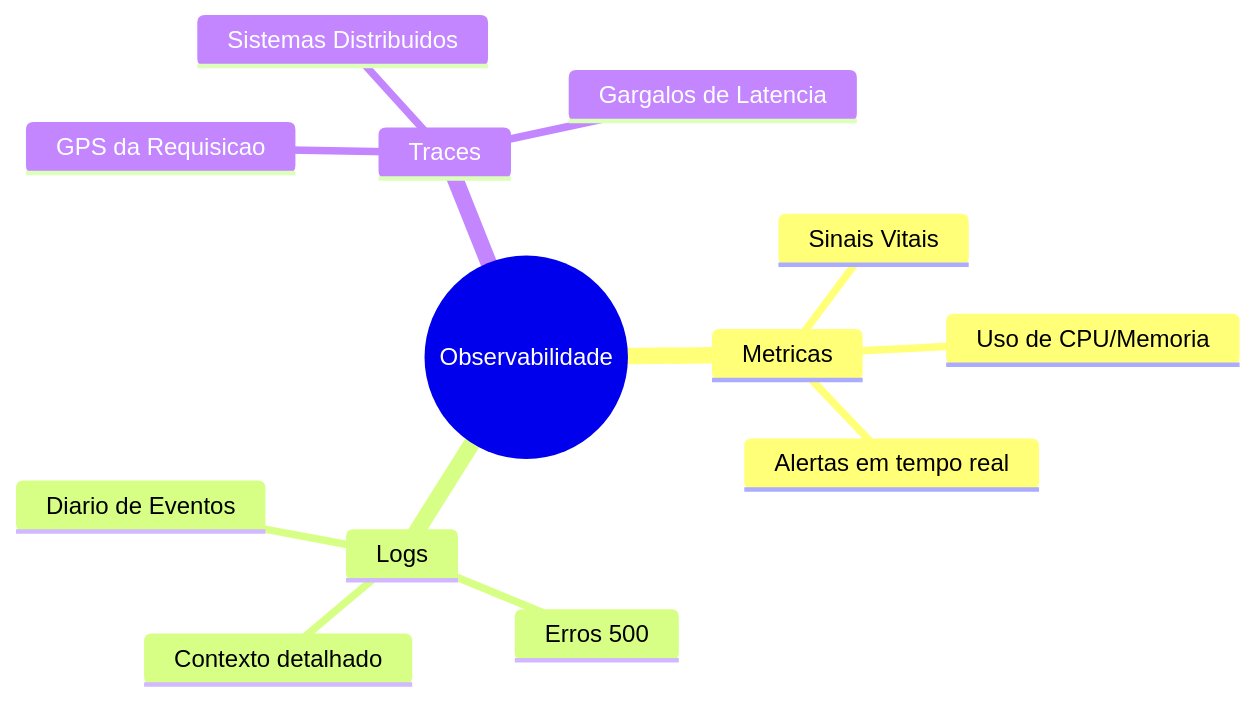
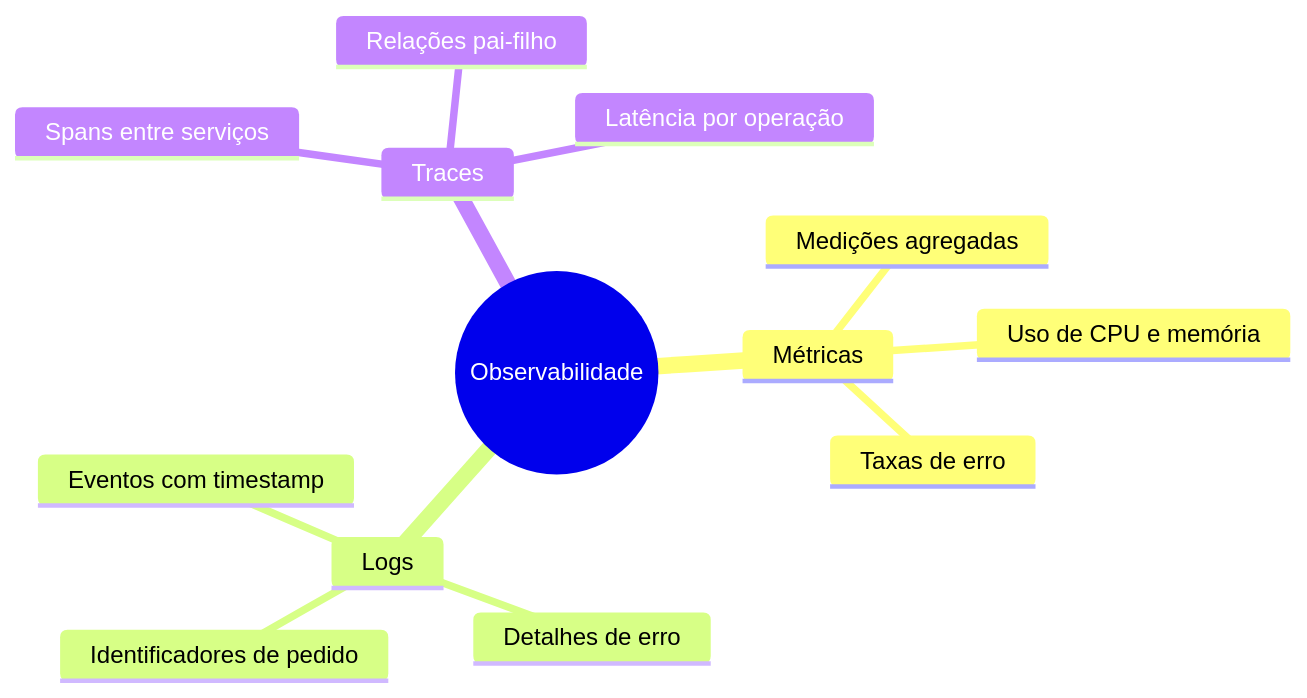
The first of 2 diagrams in content/pt/articles/observability-systems/index.md (dyotamo/blog), drawn with Mermaid before and after one commit. The commit also changed other lines of this file and 26 other files, not shown here.

````diff
--- a/content/pt/articles/observability-systems/index.md
+++ b/content/pt/articles/observability-systems/index.md
@@ -19,16 +19,16 @@
 ```mermaid
 mindmap
   root((Observabilidade))
-    Metricas
-      Sinais Vitais
-      Uso de CPU/Memoria
-      Alertas em tempo real
+    Métricas
+      Medições agregadas
+      Uso de CPU e memória
+      Taxas de erro
     Logs
-      Diario de Eventos
-      Erros 500
-      Contexto detalhado
+      Eventos com timestamp
+      Detalhes de erro
+      Identificadores de pedido
     Traces
-      GPS da Requisicao
-      Sistemas Distribuidos
-      Gargalos de Latencia
+      Spans entre serviços
+      Relações pai-filho
+      Latência por operação
 ```
````
